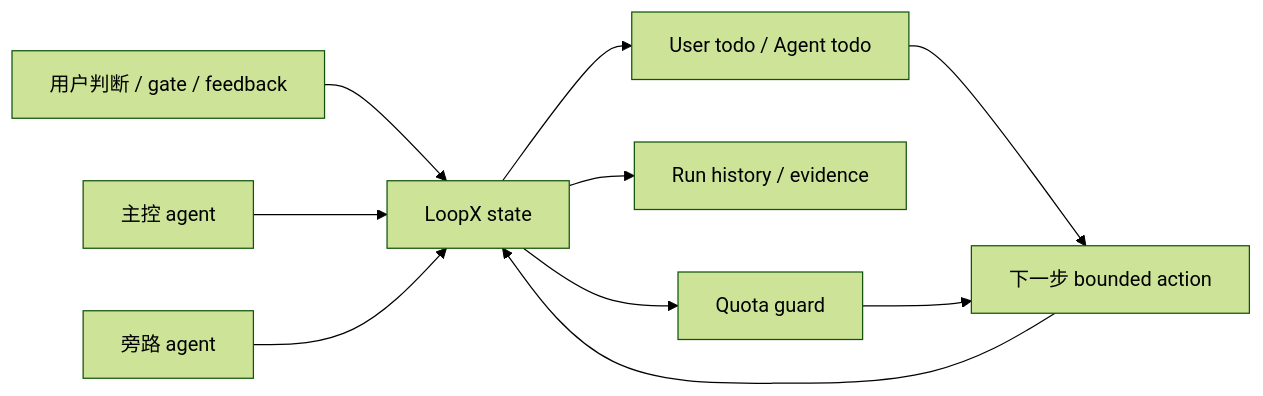
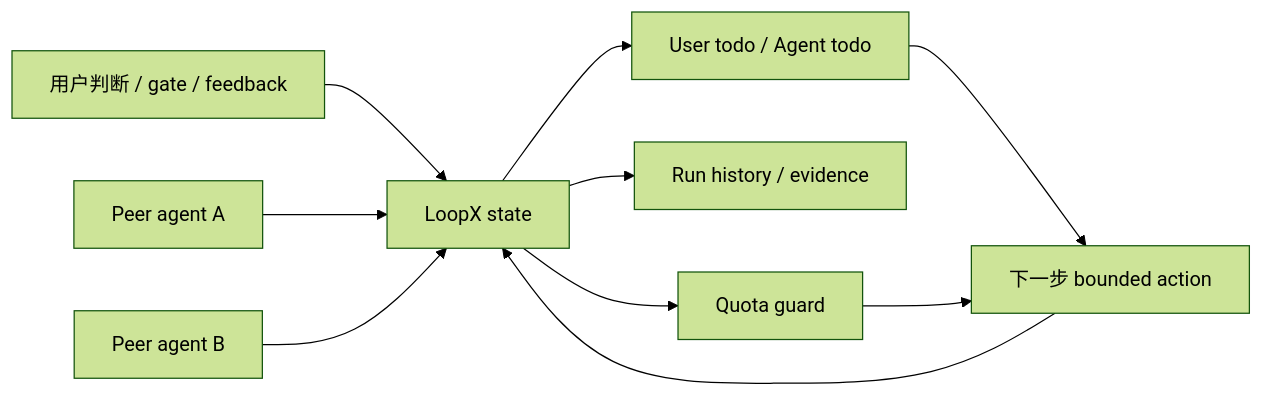
One commit to huangruiteng/goal-harness changed the diagram in README.zh-CN.md. Above: the diagram before and after it, drawn with Mermaid (forest theme). The commit also changed other lines of this file and 237 other files, not shown here.

First line of the commit message:
feat(control-plane): hard cut agent hierarchy to peer runtime (#1787)

````diff
--- a/README.zh-CN.md
+++ b/README.zh-CN.md
@@ -195,12 +199,12 @@
 ```mermaid
 flowchart LR
   U["用户判断 / gate / feedback"] --> GH["LoopX state"]
-  P["主控 agent"] --> GH
-  S["旁路 agent"] --> GH
+  P["Peer agent A"] --> GH
+  S["Peer agent B"] --> GH
   GH --> T["User todo / Agent todo"]
   GH --> H["Run history / evidence"]
   GH --> Q["Quota guard"]
   T --> A["下一步 bounded action"]
   Q --> A
   A --> GH
 ```
````
